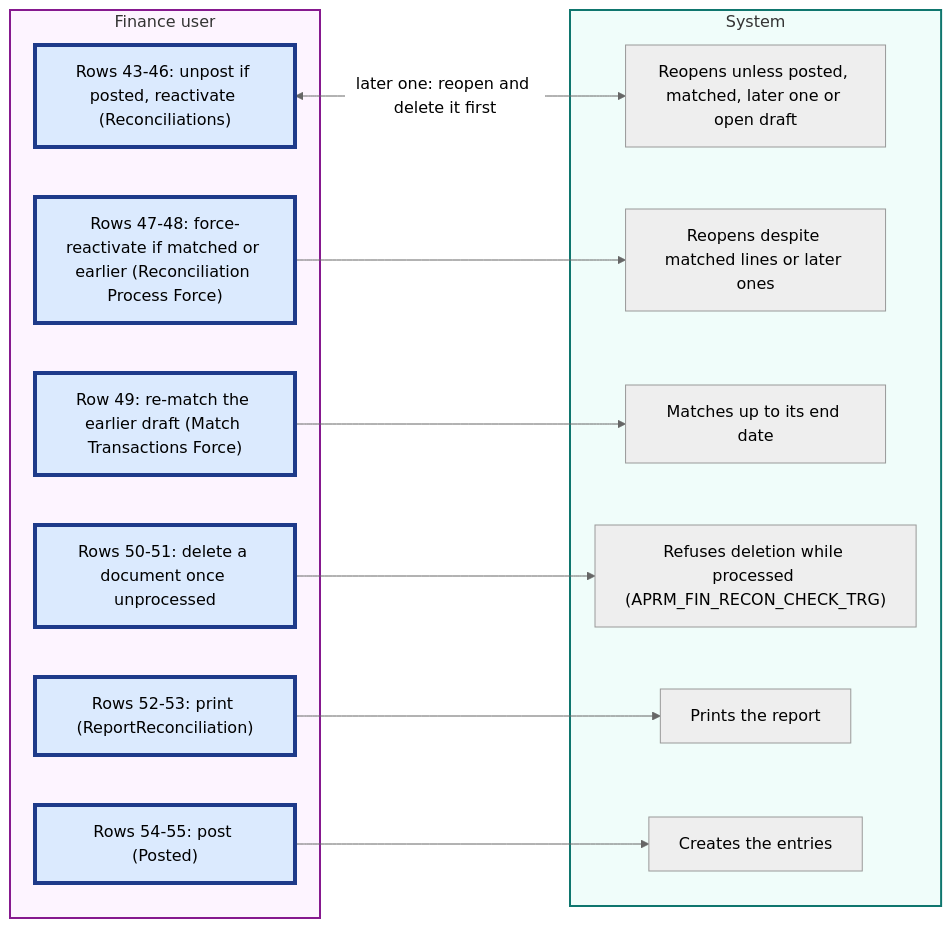
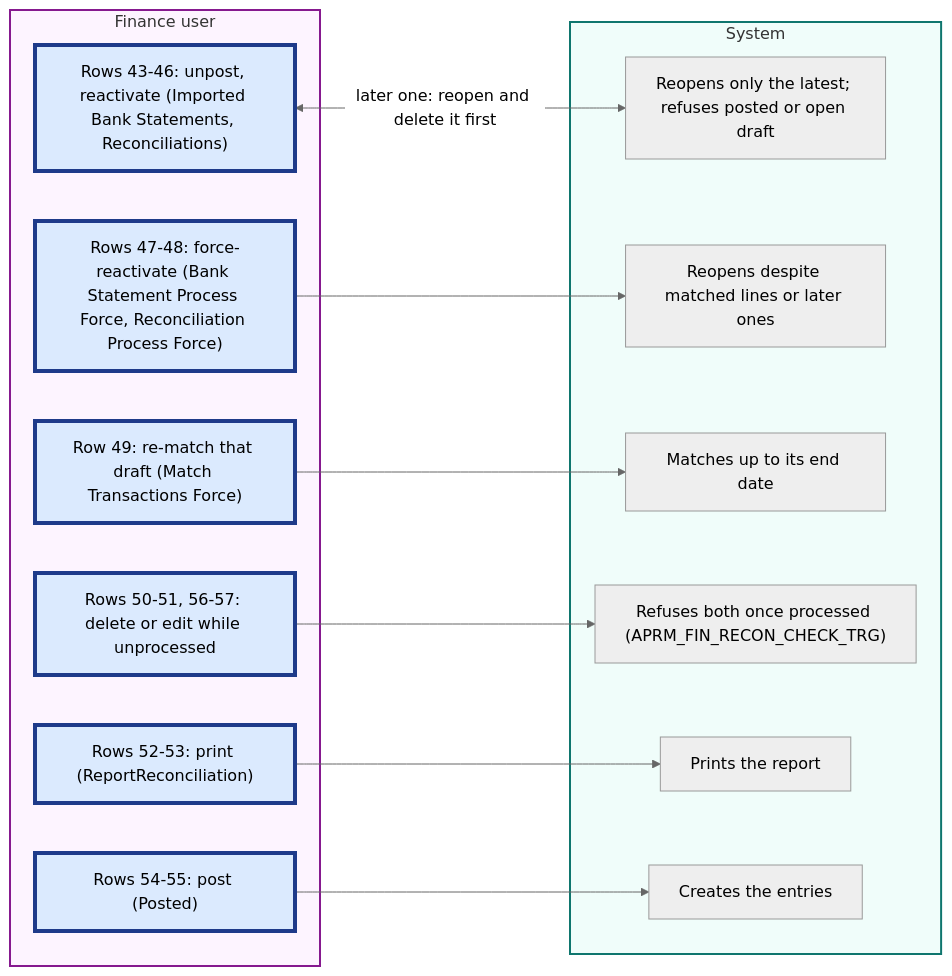
The seventh of 9 diagrams in docs/analysis/analysis-1-current-state-reconciliation.md (blitzy-public-samples/openbravo-erp), drawn with Mermaid (neutral theme) before and after one commit. The commit also changed other lines of this file, not shown here.

````diff
--- a/docs/analysis/analysis-1-current-state-reconciliation.md
+++ b/docs/analysis/analysis-1-current-state-reconciliation.md
@@ -342,31 +347,31 @@
 ```mermaid
 flowchart LR
   accTitle: Figure 7. Swimlane of Corrections, Printing and Posting
   accDescr: Refusals lead to corrections.
   subgraph People["Finance user"]
-    M43["Rows 43-46: unpost if posted, reactivate (Reconciliations)"]
-    M47["Rows 47-48: force-reactivate if matched or earlier (Reconciliation Process Force)"]
-    M49["Row 49: re-match the earlier draft (Match Transactions Force)"]
-    M50["Rows 50-51: delete a document once unprocessed"]
+    M43["Rows 43-46: unpost, reactivate (Imported Bank Statements, Reconciliations)"]
+    M47["Rows 47-48: force-reactivate (Bank Statement Process Force, Reconciliation Process Force)"]
+    M49["Row 49: re-match that draft (Match Transactions Force)"]
+    M50["Rows 50-51, 56-57: delete or edit while unprocessed"]
     M52["Rows 52-53: print (ReportReconciliation)"]
     M54["Rows 54-55: post (Posted)"]
   end
   subgraph System["System"]
-    S1["Reopens unless posted, matched, later one or open draft"]
+    S1["Reopens only the latest; refuses posted or open draft"]
     S6["Reopens despite matched lines or later ones"]
     S4["Matches up to its end date"]
-    S5["Refuses deletion while processed (APRM_FIN_RECON_CHECK_TRG)"]
+    S5["Refuses both once processed (APRM_FIN_RECON_CHECK_TRG)"]
     S2["Prints the report"]
     S3["Creates the entries"]
   end
   M43<-->|"later one: reopen and delete it first"|S1
   M47-->S6
   M49-->S4
   M50-->S5
   M52-->S2
   M54-->S3
   style People fill:#fdf4ff,stroke:#86198f,stroke-width:2px
   style System fill:#f0fdfa,stroke:#0f766e,stroke-width:2px
   classDef manual fill:#dbeafe,stroke:#1e3a8a,stroke-width:4px
   class M43,M47,M49,M50,M52,M54 manual
 ```
````
